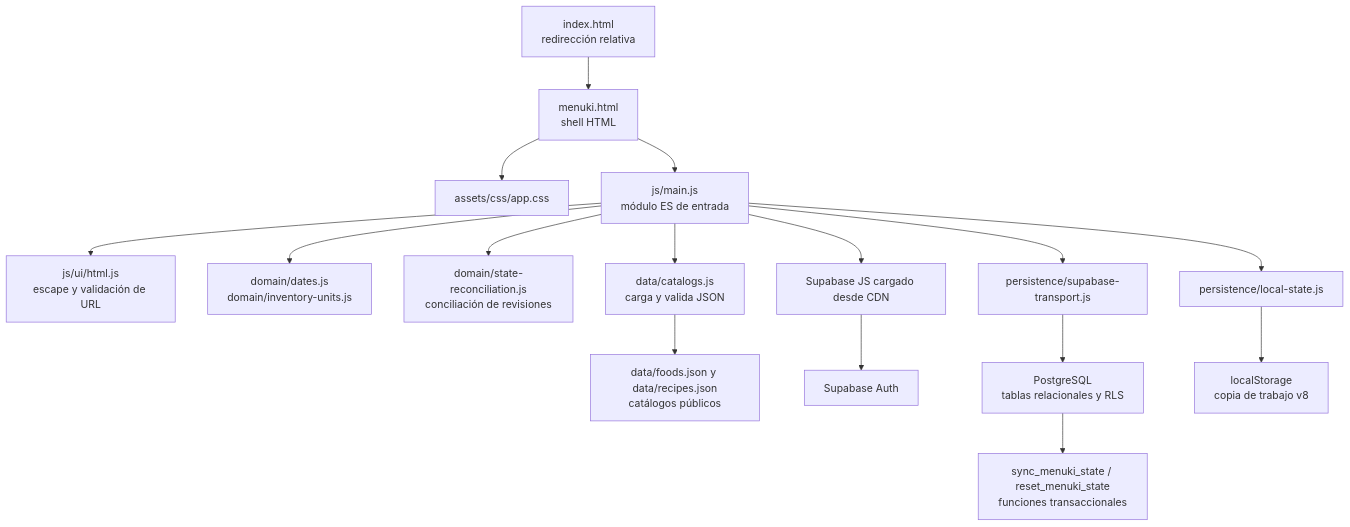
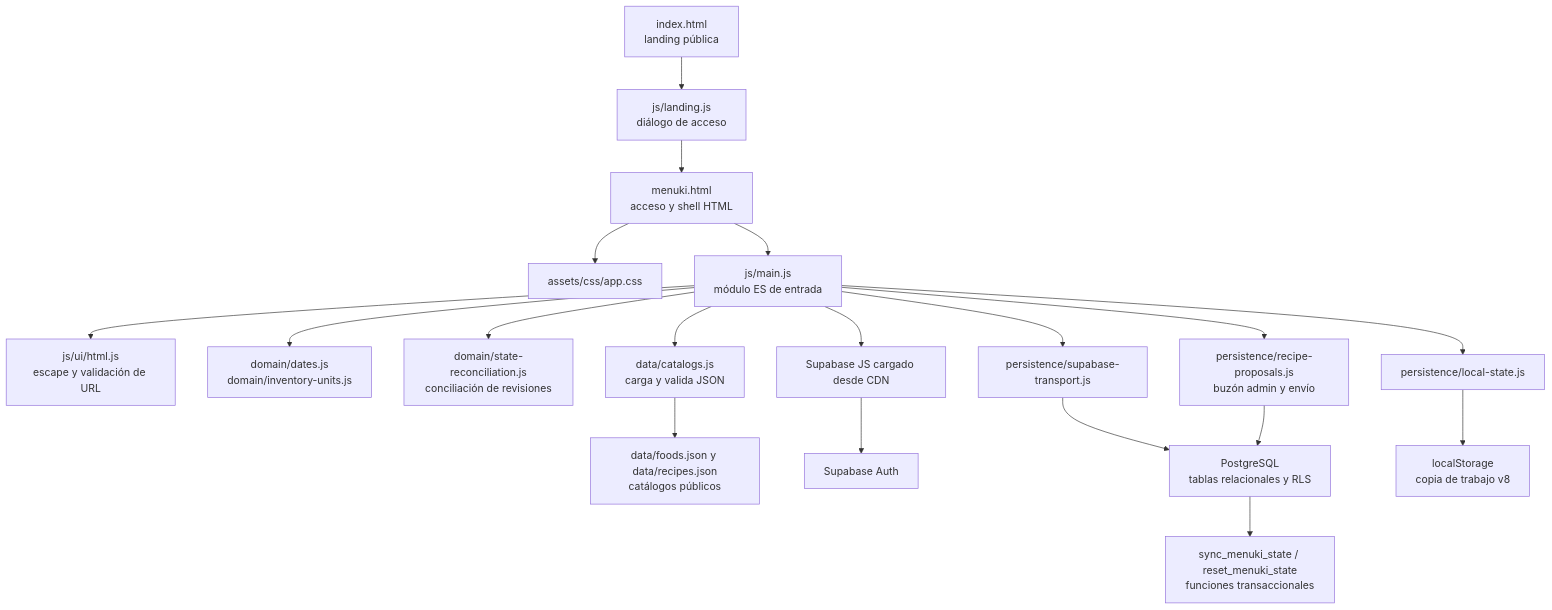
The diagram in docs/front-end-audit.md (adrian-san-lop/food_planning), drawn with Mermaid before and after one commit. The commit also changed other lines of this file and 54 other files, not shown here.

````diff
--- a/docs/front-end-audit.md
+++ b/docs/front-end-audit.md
@@ -17,18 +18,21 @@
 ```mermaid
 flowchart TD
-    A[index.html<br/>redirección relativa] --> B[menuki.html<br/>shell HTML]
+    A[index.html<br/>landing pública] --> LA[js/landing.js<br/>diálogo de acceso]
+    LA --> B[menuki.html<br/>acceso y shell HTML]
     B --> CSS[assets/css/app.css]
     B --> M[js/main.js<br/>módulo ES de entrada]
     M --> U[js/ui/html.js<br/>escape y validación de URL]
     M --> D[domain/dates.js<br/>domain/inventory-units.js]
     M --> R[domain/state-reconciliation.js<br/>conciliación de revisiones]
     M --> C[data/catalogs.js<br/>carga y valida JSON]
     M --> L[persistence/local-state.js]
     M --> T[persistence/supabase-transport.js]
     C --> J[data/foods.json y data/recipes.json<br/>catálogos públicos]
     M --> D2[Supabase JS cargado desde CDN]
     D2 --> E[Supabase Auth]
     T --> F[PostgreSQL<br/>tablas relacionales y RLS]
+    M --> P[persistence/recipe-proposals.js<br/>buzón admin y envío]
+    P --> F
     L --> G[localStorage<br/>copia de trabajo v8]
     F --> H[sync_menuki_state / reset_menuki_state<br/>funciones transaccionales]
 ```
````
